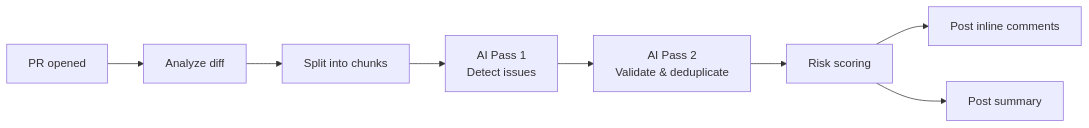
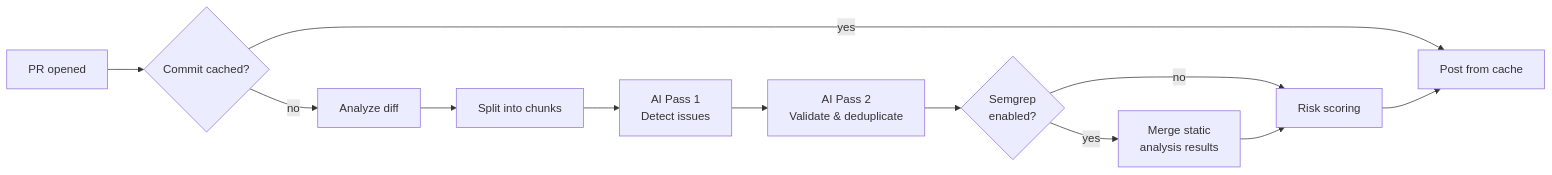
One commit to imtiyaazsalie/ai-pr-reviewer-template changed the diagram in README.md. Above: the diagram before and after it, drawn with Mermaid. The commit also changed other lines of this file, not shown here.

Commit message:
Update README: document all inputs, caching, tests, and Semgrep toggle

````diff
--- a/README.md
+++ b/README.md
@@ -97,10 +120,14 @@
 ```mermaid
 flowchart LR
-    PR[PR opened] --> Diff[Analyze diff]
+    PR[PR opened] --> Cache{Commit cached?}
+    Cache -->|no| Diff[Analyze diff]
+    Cache -->|yes| Post[Post from cache]
     Diff --> Chunks[Split into chunks]
     Chunks --> Pass1[AI Pass 1<br/>Detect issues]
     Pass1 --> Pass2[AI Pass 2<br/>Validate & deduplicate]
-    Pass2 --> Score[Risk scoring]
-    Score --> Inline[Post inline comments]
-    Score --> Summary[Post summary]
+    Pass2 --> Semgrep{Semgrep<br/>enabled?}
+    Semgrep -->|yes| Merge[Merge static<br/>analysis results]
+    Semgrep -->|no| Score[Risk scoring]
+    Merge --> Score
+    Score --> Post
 ```
````
